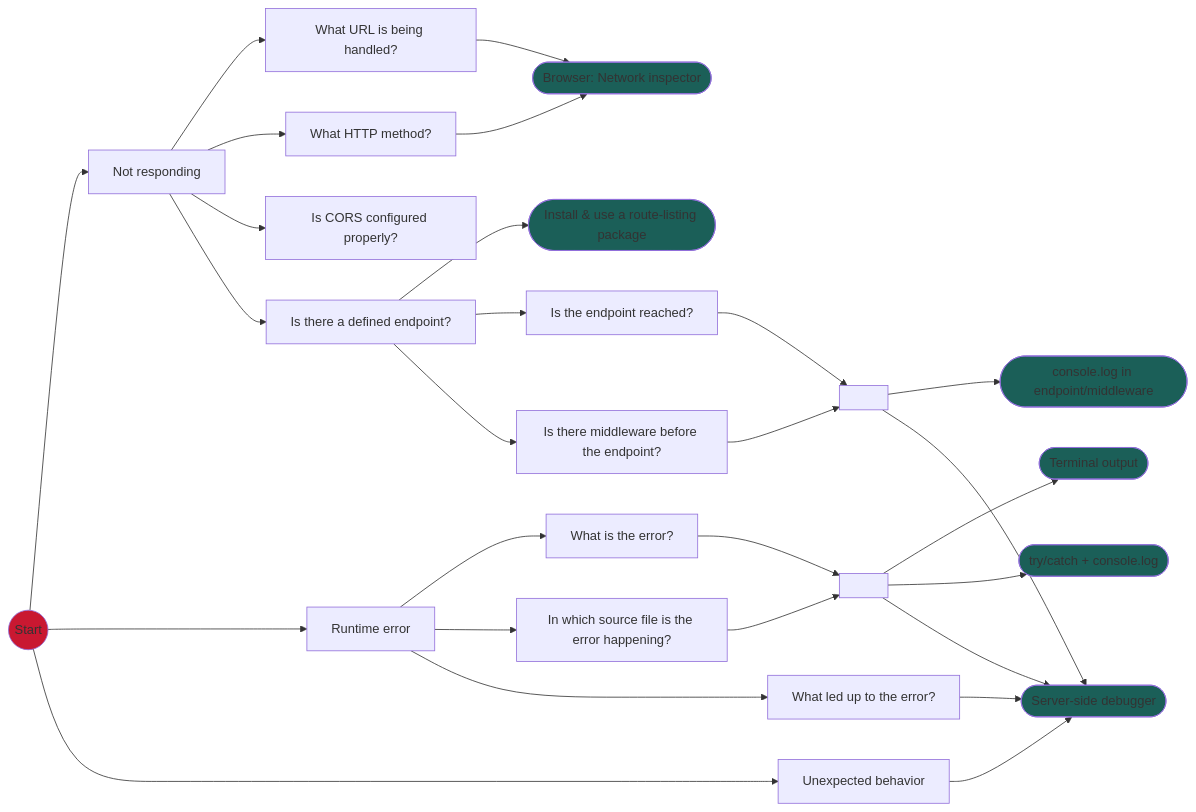
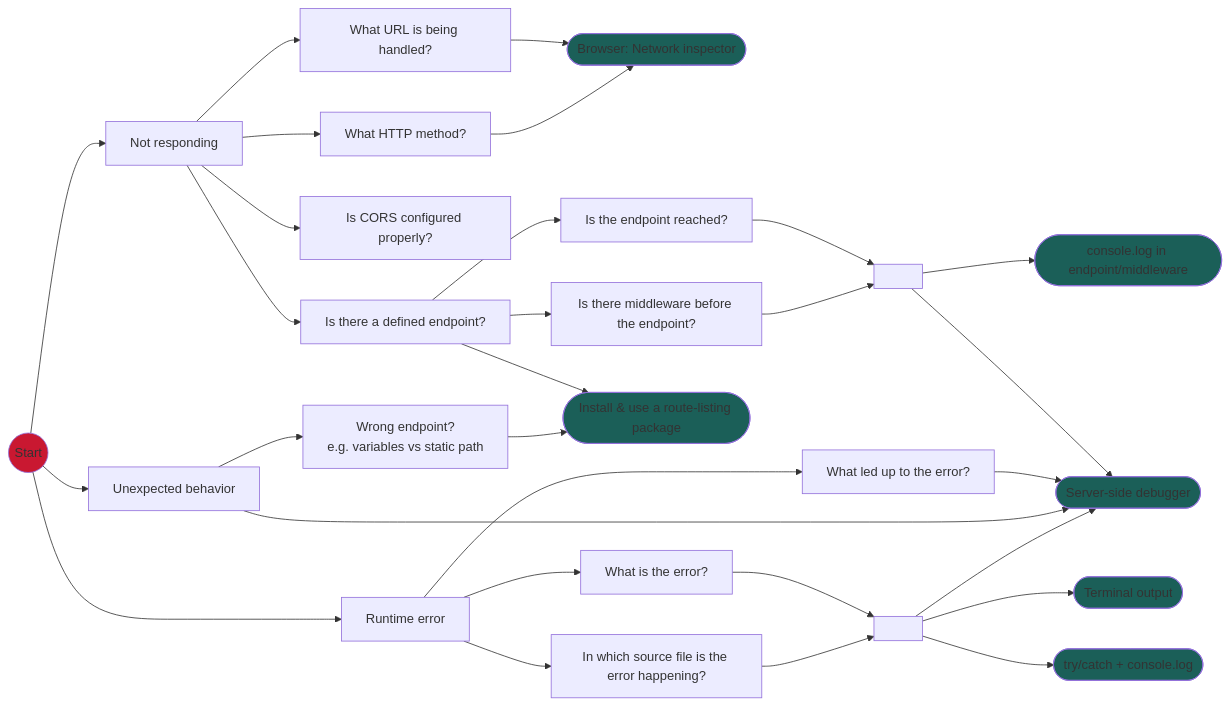
The fourth of 5 diagrams in README.md (zspitz/debuggingProcess), drawn with Mermaid before and after one commit. The commit also changed other lines of this file and 1 other file, not shown here.

Commit message:
Add endpoint conflict

````diff
--- a/README.md
+++ b/README.md
@@ -113,25 +113,27 @@
 ```mermaid
 graph LR
 Start((Start)) --> N085[Not responding] --> N086[What URL is being handled?] & N087[What HTTP method?] --> N088([Browser: Network inspector])
 
 N085 --> N089[Is CORS configured properly?]
 
+N090 --> N091[Is the endpoint reached?] & N092[Is there middleware before the endpoint?] --> N093[ ] --> N094([console.log in endpoint/middleware]) & N095([Server-side debugger])
+
 N085 --> N090[Is there a defined endpoint?] -->  N105([Install & use a route-listing package])
 
-N090 --> N091[Is the endpoint reached?] & N092[Is there middleware before the endpoint?] --> N093[ ] --> N094([console.log in endpoint/middleware]) & N095([Server-side debugger])
-
-Start --> N096[Runtime error] --> N097[What is the error?] & N098[In which source file is the error happening?] --> N099[ ] --> N104([Terminal output]) & N100([try/catch + console.log]) & N095
-
-N096 --> N102[What led up to the error?] --> N095
+Start --> N096 --> N102[What led up to the error?] --> N095
 
 Start --> N103[Unexpected behavior] --> N095
+
+N096[Runtime error] --> N097[What is the error?] & N098[In which source file is the error happening?] --> N099[ ] --> N104([Terminal output]) & N100([try/catch + console.log]) & N095
+
+N103 --> N106[Wrong endpoint?\ne.g. variables vs static path] --> N105
 
 style Start fill:#c91831
 style N088 fill:#1b5f58
 style N094 fill:#1b5f58
 style N095 fill:#1b5f58
 style N104 fill:#1b5f58
 style N100 fill:#1b5f58
 style N105 fill:#1b5f58
 
 ```
````
